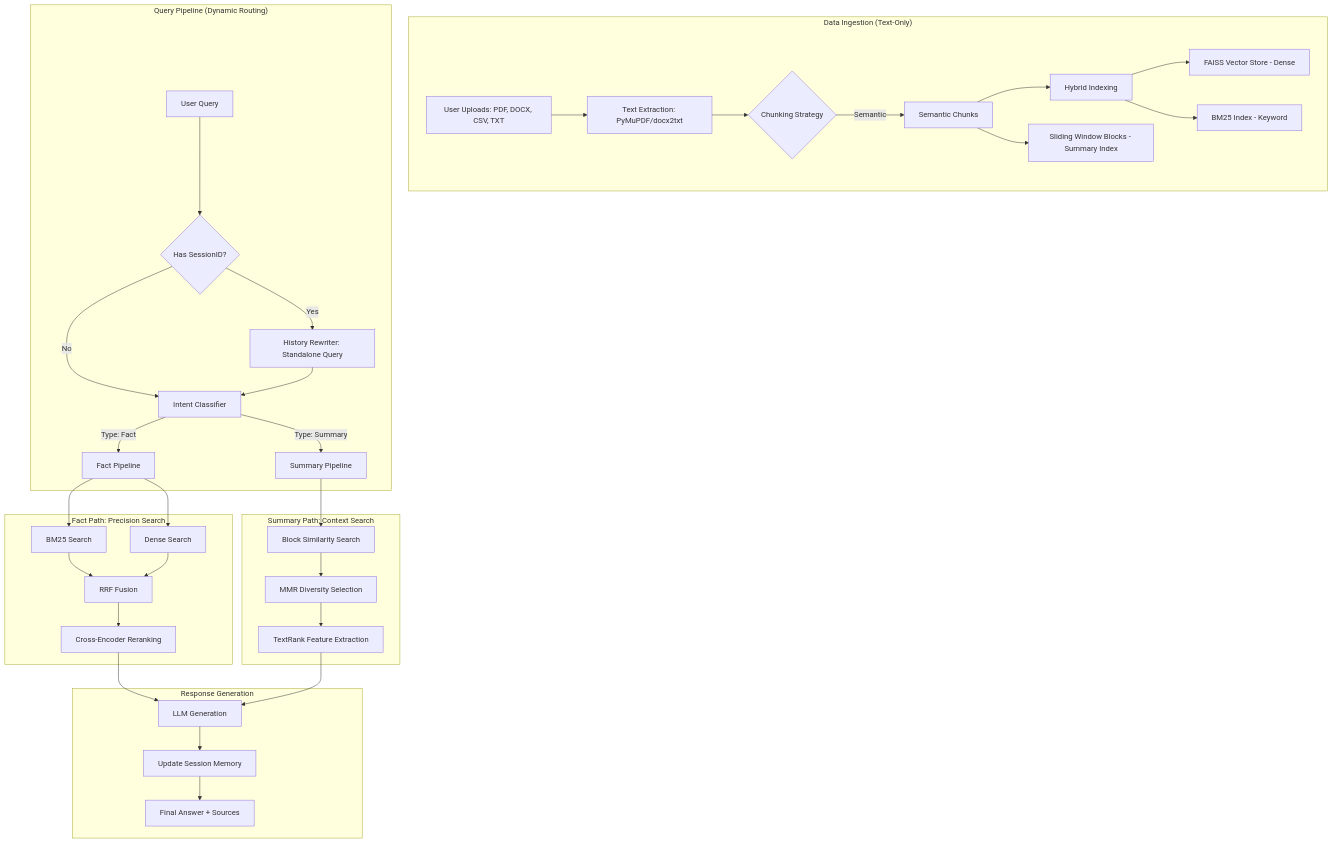
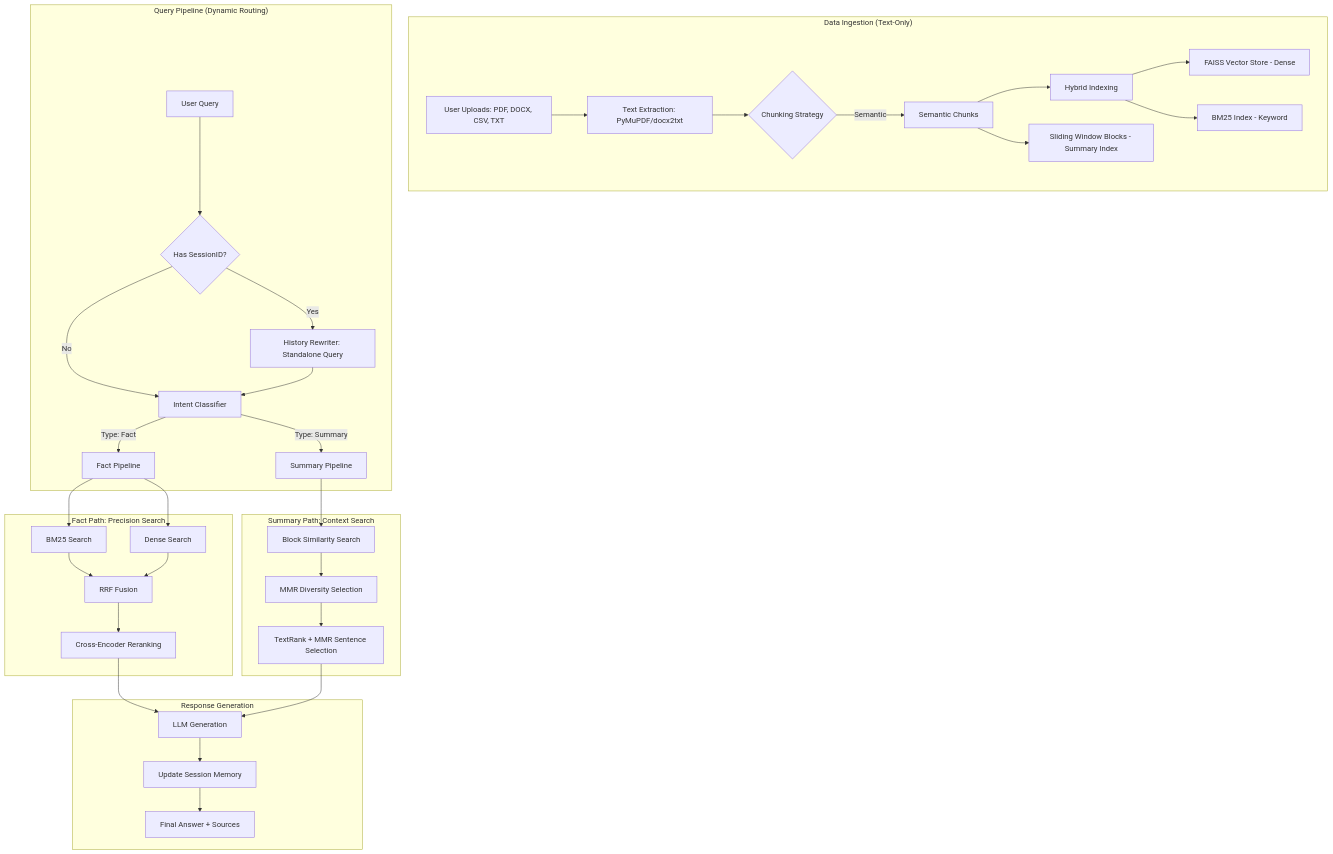
Before and after one commit to Chivu171/InsightAI: the diagram in README.md, drawn with Mermaid.

Commit message:
docs: update TextRank description in README diagram to include MMR sentence selection

````diff
--- a/README.md
+++ b/README.md
@@ -36,42 +36,42 @@
 ```mermaid
 graph TD
     subgraph "Data Ingestion (Text-Only)"
         A[User Uploads: PDF, DOCX, CSV, TXT] --> B[Text Extraction: PyMuPDF/docx2txt]
         B --> C{Chunking Strategy}
         C -->|Semantic| D[Semantic Chunks]
         D --> E[Hybrid Indexing]
         E --> F[FAISS Vector Store - Dense]
         E --> G[BM25 Index - Keyword]
         D --> H[Sliding Window Blocks - Summary Index]
     end
 
     subgraph "Query Pipeline (Dynamic Routing)"
         I[User Query] --> J{Has SessionID?}
         J -->|Yes| K[History Rewriter: Standalone Query]
         J -->|No| L[Intent Classifier]
         K --> L
         
         L -->|Type: Fact| FACT_PATH[Fact Pipeline]
         L -->|Type: Summary| SUM_PATH[Summary Pipeline]
     end
 
     subgraph "Fact Path: Precision Search"
         FACT_PATH --> BM25_R[BM25 Search]
         FACT_PATH --> DENSE_R[Dense Search]
         BM25_R & DENSE_R --> FUSION[RRF Fusion]
         FUSION --> RERANK[Cross-Encoder Reranking]
     end
 
     subgraph "Summary Path: Context Search"
         SUM_PATH --> BLOCKS[Block Similarity Search]
         BLOCKS --> MMR[MMR Diversity Selection]
-        MMR --> TRANN[TextRank Feature Extraction]
+        MMR --> TRANN[TextRank + MMR Sentence Selection]
     end
 
     subgraph "Response Generation"
         RERANK --> GEN[LLM Generation]
         TRANN --> GEN
         GEN --> HIST[Update Session Memory]
         HIST --> RESP[Final Answer + Sources]
     end
 ```
````
